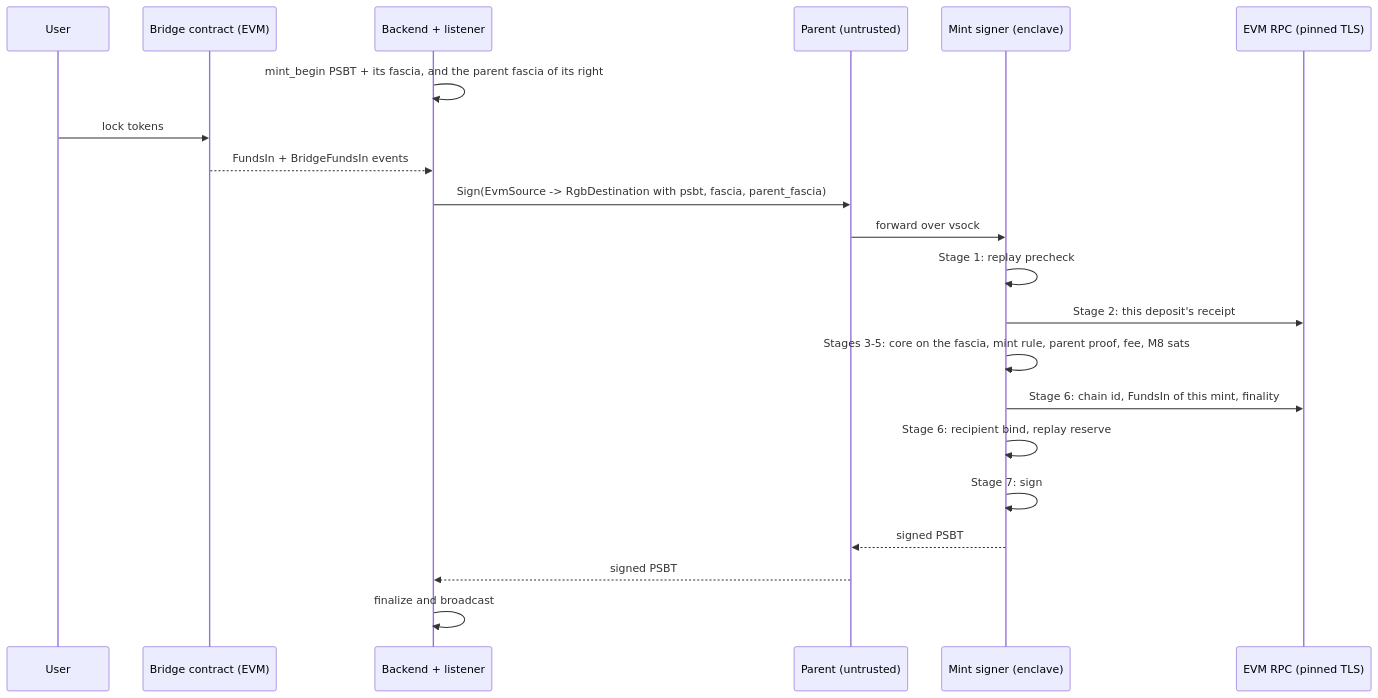
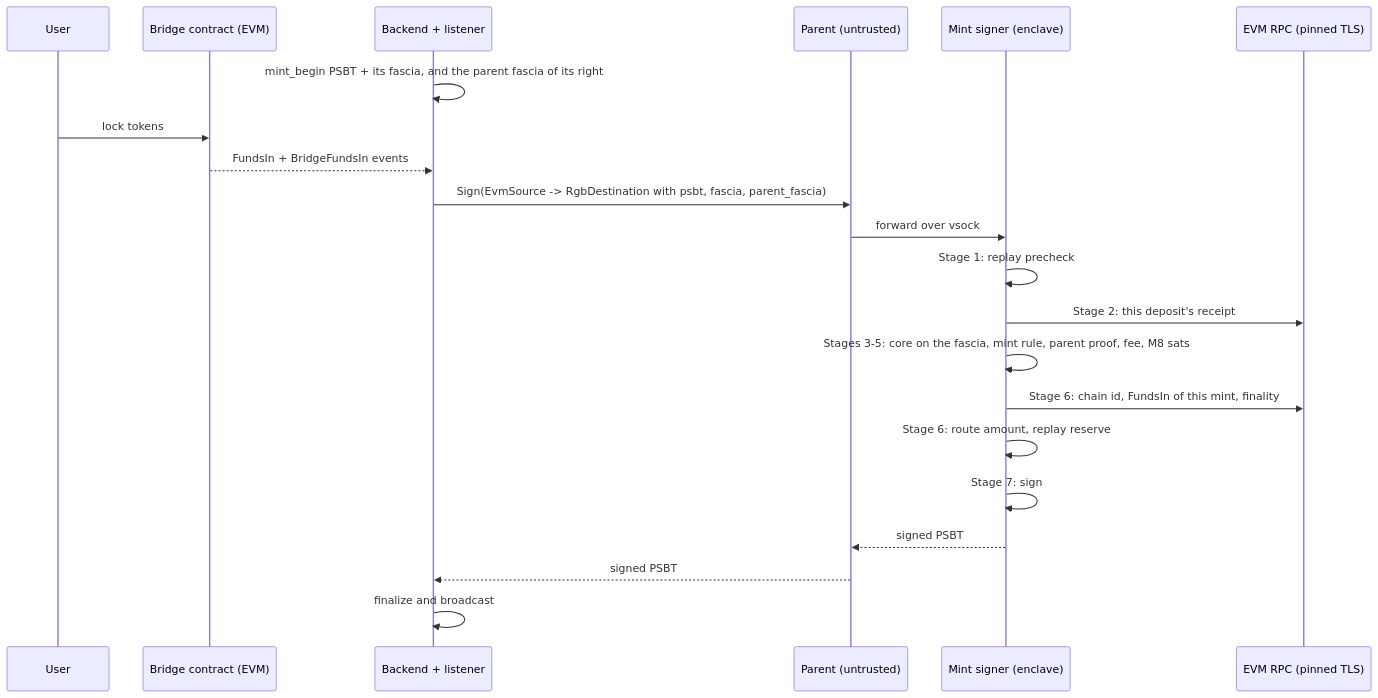
Before and after one commit to UTEXO-Protocol/enclave-signer: the diagram in docs/mint-flow.md, drawn with Mermaid. The commit also changed other lines of this file and 20 other files, not shown here.

````diff
--- a/docs/mint-flow.md
+++ b/docs/mint-flow.md
@@ -94,24 +94,24 @@
 ```mermaid
 sequenceDiagram
     participant U as User
     participant C as Bridge contract (EVM)
     participant L as Backend + listener
     participant P as Parent (untrusted)
     participant E as Mint signer (enclave)
     participant R as EVM RPC (pinned TLS)
 
     L->>L: mint_begin PSBT + its fascia, and the parent fascia of its right
     U->>C: lock tokens
     C-->>L: FundsIn + BridgeFundsIn events
     L->>P: Sign(EvmSource -> RgbDestination with psbt, fascia, parent_fascia)
     P->>E: forward over vsock
     E->>E: Stage 1: replay precheck
     E->>R: Stage 2: this deposit's receipt
     E->>E: Stages 3-5: core on the fascia, mint rule, parent proof, fee, M8 sats
     E->>R: Stage 6: chain id, FundsIn of this mint, finality
-    E->>E: Stage 6: recipient bind, replay reserve
+    E->>E: Stage 6: route amount, replay reserve
     E->>E: Stage 7: sign
     E-->>P: signed PSBT
     P-->>L: signed PSBT
     L->>L: finalize and broadcast
 ```
````
